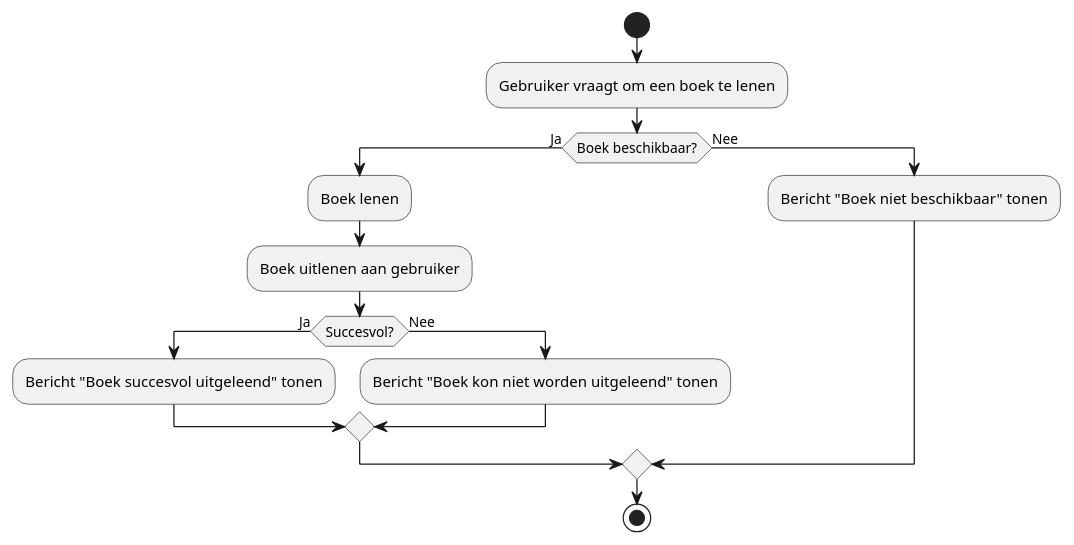
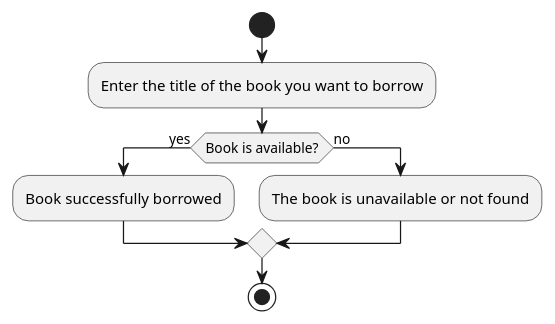
The second of 2 diagrams in src/main/java/AnalysisLibrarySystem/FlowchartUserCases/User/Loan_Book_FlowChart.puml (9elmaz9/BibliotheekSysteem), drawn with PlantUML before and after one commit. The commit also changed other lines of this file and 22 other files, not shown here.

```diff
--- a/src/main/java/AnalysisLibrarySystem/FlowchartUserCases/User/Loan_Book_FlowChart.puml
+++ b/src/main/java/AnalysisLibrarySystem/FlowchartUserCases/User/Loan_Book_FlowChart.puml
@@ -31,16 +21,10 @@
 @startuml
 start
-:Gebruiker vraagt om een boek te lenen;
-if (Boek beschikbaar?) then (Ja)
-  :Boek lenen;
-  :Boek uitlenen aan gebruiker;
-  if (Succesvol?) then (Ja)
-    :Bericht "Boek succesvol uitgeleend" tonen;
-  else (Nee)
-    :Bericht "Boek kon niet worden uitgeleend" tonen;
-  endif
-else (Nee)
-  :Bericht "Boek niet beschikbaar" tonen;
+:Enter the title of the book you want to borrow;
+if (Book is available?) then (yes)
+    :Book successfully borrowed;
+else (no)
+    :The book is unavailable or not found;
 endif
 stop
 @enduml
```
